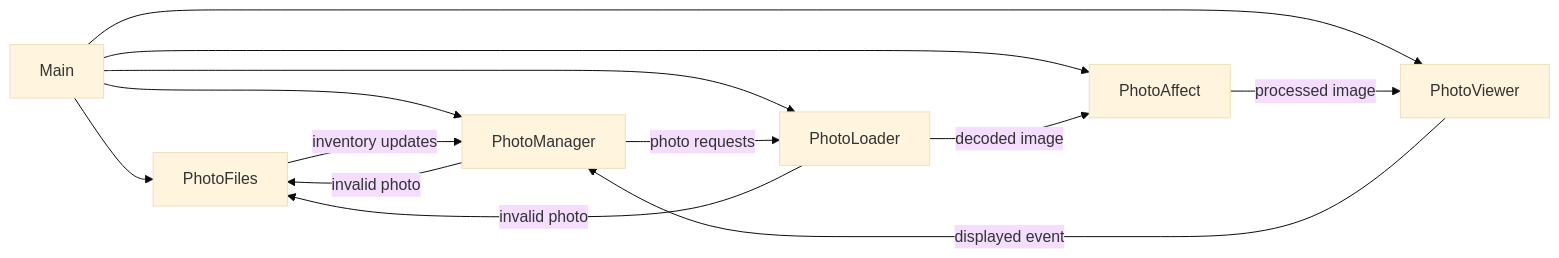
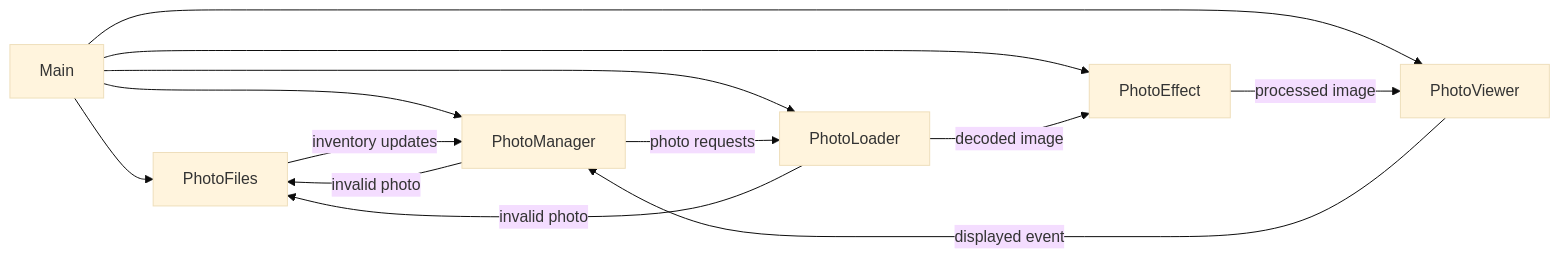
The diagram in README.md (vincentl/rust-photo-frame), drawn with Mermaid (base theme) before and after one commit. The commit also changed other lines of this file and 13 other files, not shown here.

````diff
--- a/README.md
+++ b/README.md
@@ -99,16 +87,16 @@
 ```mermaid
 flowchart LR
   MAIN[Main] --> FILES[PhotoFiles]
   MAIN --> MAN[PhotoManager]
   MAIN --> LOAD[PhotoLoader]
-  MAIN --> AFFECT[PhotoAffect]
+  MAIN --> AFFECT[PhotoEffect]
   MAIN --> VIEW[PhotoViewer]
 
   FILES -->|inventory updates| MAN
   MAN -->|invalid photo| FILES
   MAN -->|photo requests| LOAD
   LOAD -->|decoded image| AFFECT
   AFFECT -->|processed image| VIEW
   LOAD -->|invalid photo| FILES
   VIEW -->|displayed event| MAN
 ```
````
